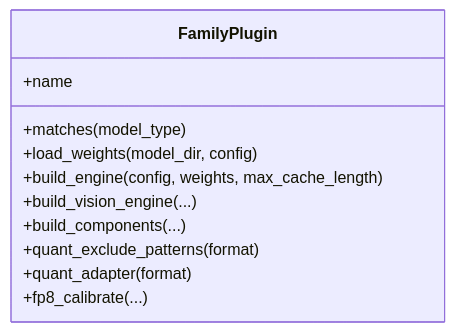
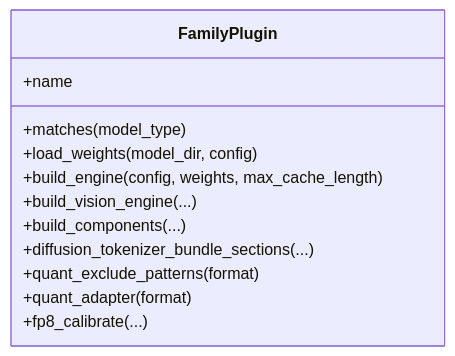
Before and after one commit to AbishekCoder1/TensorRT-Model-Connect: the second of 3 diagrams in website/docs/unit-design/python-builder.md, drawn with Mermaid. The commit also changed other lines of this file and 83 other files, not shown here.

````diff
--- a/website/docs/unit-design/python-builder.md
+++ b/website/docs/unit-design/python-builder.md
@@ -65,14 +111,15 @@
 ```mermaid
 classDiagram
   class FamilyPlugin {
     +name
     +matches(model_type)
     +load_weights(model_dir, config)
     +build_engine(config, weights, max_cache_length)
     +build_vision_engine(...)
     +build_components(...)
+    +diffusion_tokenizer_bundle_sections(...)
     +quant_exclude_patterns(format)
     +quant_adapter(format)
     +fp8_calibrate(...)
   }
 ```
````
